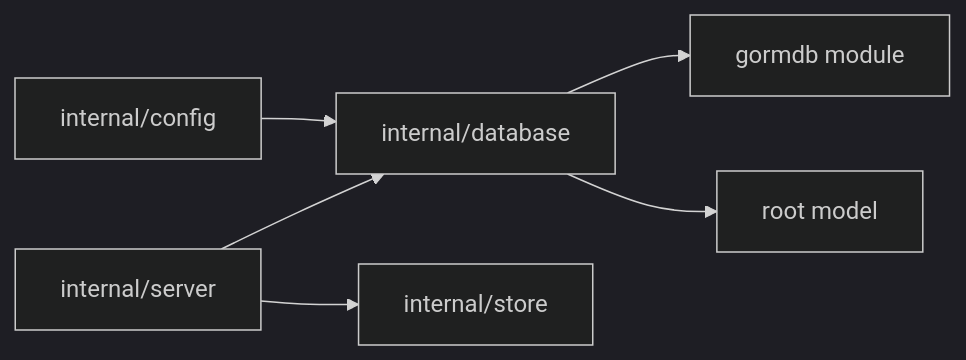
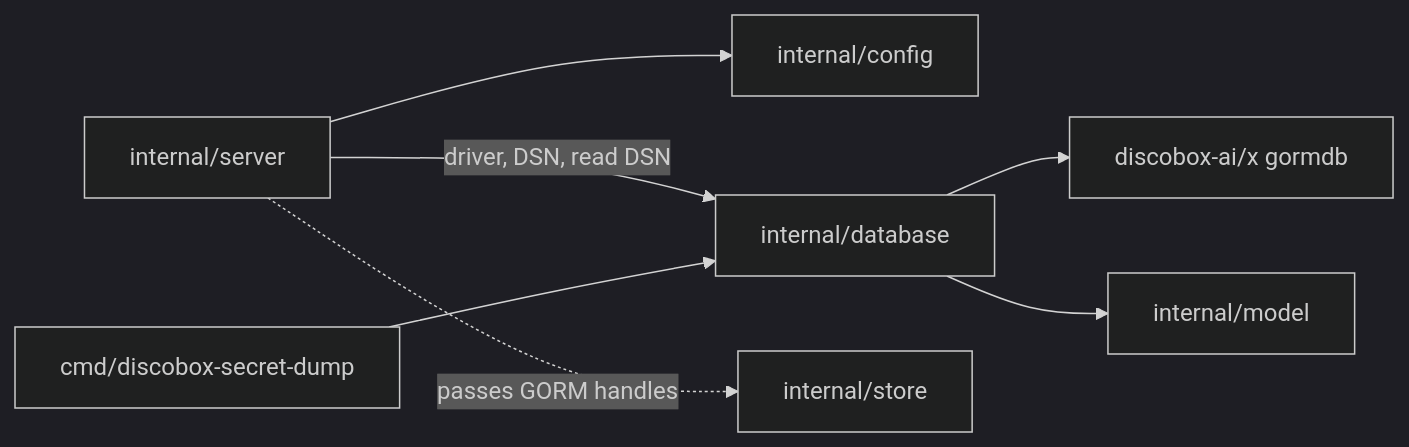
The diagram in server/internal/database/DESIGN.md (discobox-ai/discobox), drawn with Mermaid (dark theme) before and after one commit. The commit also changed other lines of this file and 37 other files, not shown here.

````diff
--- a/server/internal/database/DESIGN.md
+++ b/server/internal/database/DESIGN.md
@@ -9,8 +9,9 @@
 ```mermaid
 flowchart LR
-    config[internal/config] --> database[internal/database]
-    server[internal/server] --> database
-    server[internal/server] --> store[internal/store]
-    database --> gormdb[gormdb module]
-    database --> model[root model]
+    server[internal/server] --> config[internal/config]
+    server -- driver, DSN, read DSN --> database[internal/database]
+    server -. passes GORM handles .-> store[internal/store]
+    secretdump[cmd/discobox-secret-dump] --> database
+    database --> gormdb[discobox-ai/x gormdb]
+    database --> model[internal/model]
 ```
````
